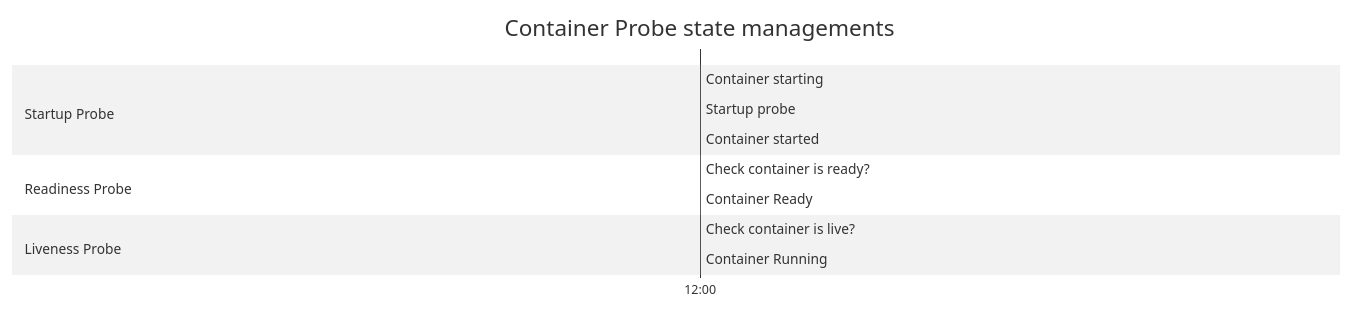
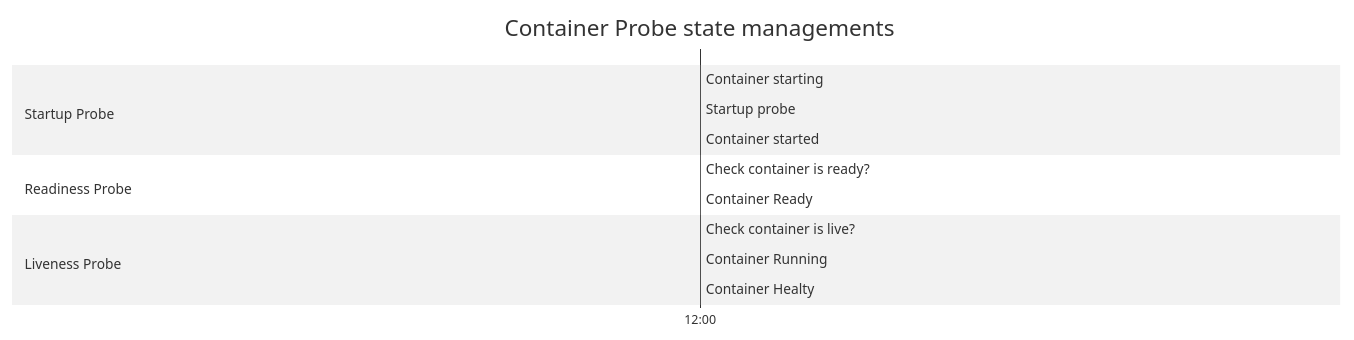
Before and after one commit to DevOpsWithDimas/old.devopswithdimas.github.io: the diagram in _drafts/kubernetes/03h-pod-container-probe-config.markdown, drawn with Mermaid (neutral theme). The commit also changed other lines of this file, not shown here.

Commit message:
update configuration container probe

```diff
--- a/_drafts/kubernetes/03h-pod-container-probe-config.markdown
+++ b/_drafts/kubernetes/03h-pod-container-probe-config.markdown
@@ -49,16 +47,17 @@
 {% mermaid %}
 gantt
     title Container Probe state managements
     dateFormat HH:mm
     axisFormat %H:%M
     section Startup Probe
-    Container starting          :           containerStart,     12:00,                  10second
-    Startup probe               :           startupTry1,        after containerStart,   1min
-    Container started           :done,      containerStarted,   after startupTry1,      10second
+    Container starting          :           containerStart,     12:00,                      10second
+    Startup probe               :           startupTry1,        after containerStart,       1min
+    Container started           :done,      containerStarted,   after startupTry1,          10second
     section Readiness Probe
-    Check container is ready?   :           checkReady,     after containerStarted,     10second
-    Container Ready             :done,      containerReady, after checkReady,           30second
+    Check container is ready?   :           checkReady,         after containerStarted,     10second
+    Container Ready             :done,      containerReady,     after checkReady,           30second
     section Liveness Probe
-    Check container is live?    :           checkLive,      after containerReady,       10second
-    Container Running           :done,      containerRun,   after checkLive,            30second
+    Check container is live?    :           checkLive,          after containerReady,       10second
+    Container Running           :           containerRun,       after checkLive,            30second
+    Container Healty            :done,      containerHealty,    after containerRun,         10second
 {% endmermaid %}
```
